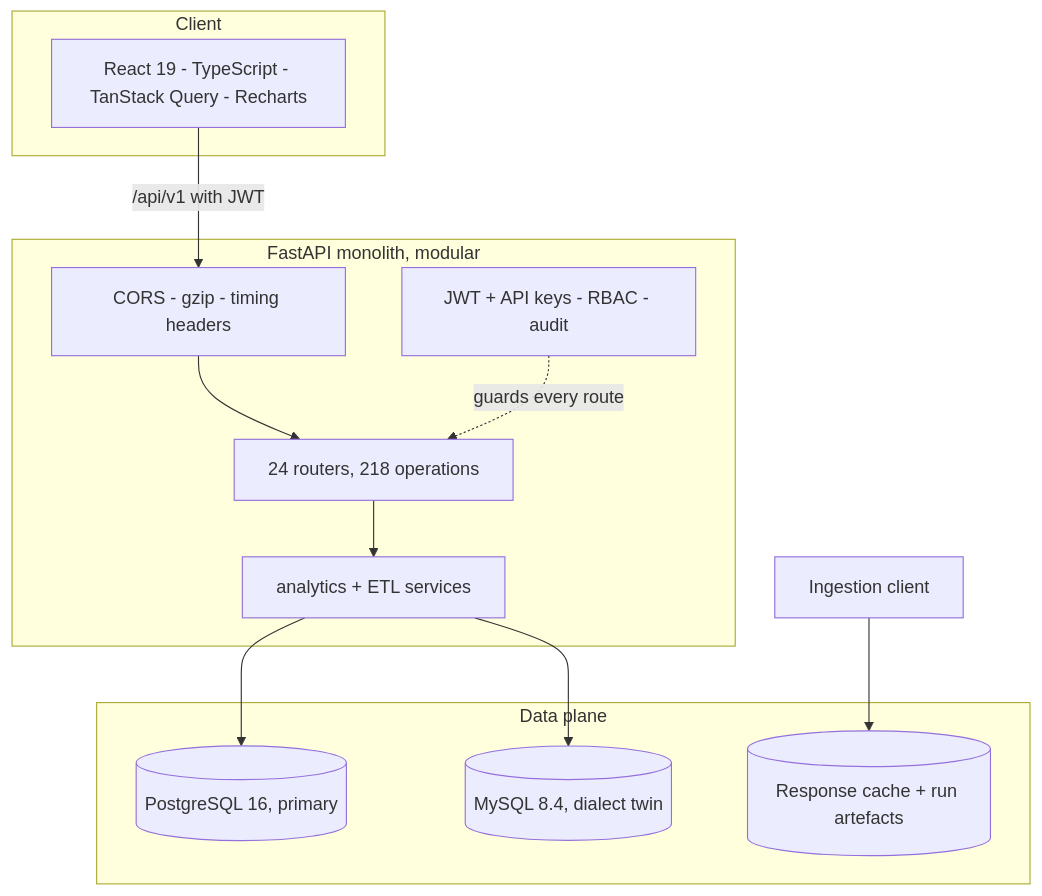
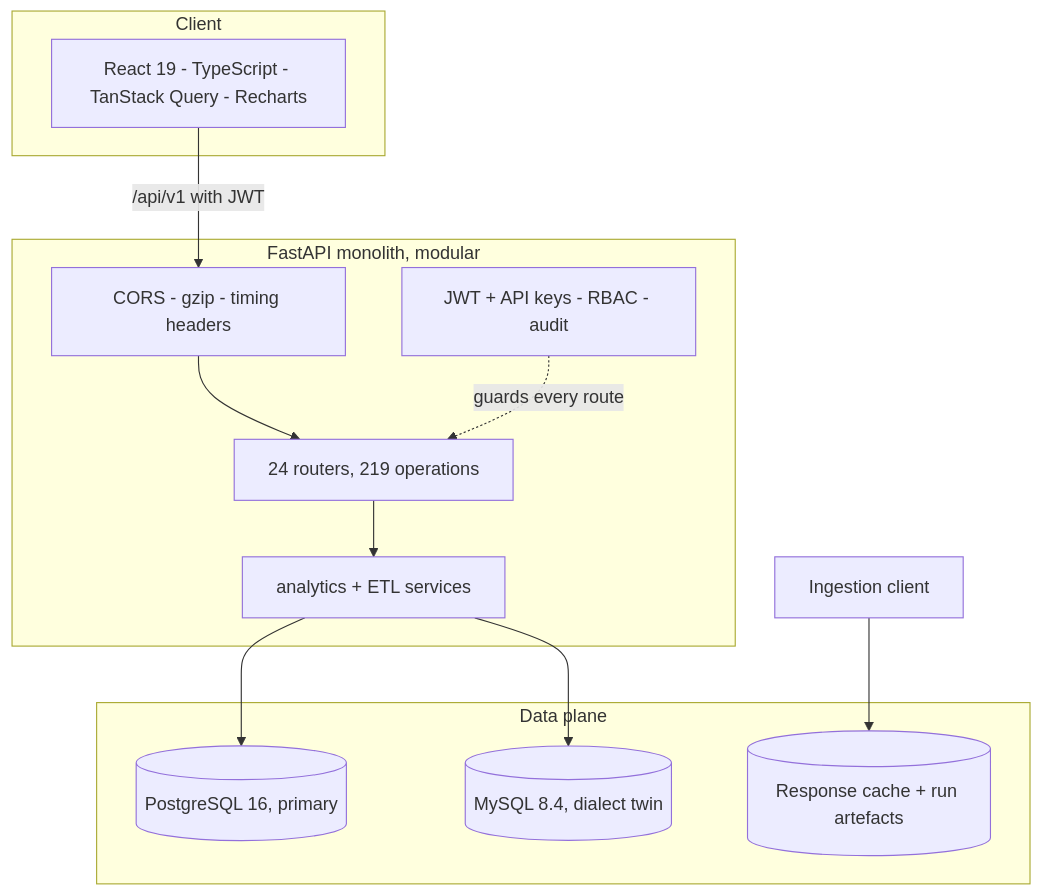
The third of 15 diagrams in README.md (Ahmedbakr78/Web-to-Warehouse-Product-Intelligence-Pipeline), drawn with Mermaid before and after one commit. The commit also changed other lines of this file and 2 other files, not shown here.

````diff
--- a/README.md
+++ b/README.md
@@ -356,22 +356,22 @@
 ```mermaid
 flowchart TB
     subgraph Browser["Client"]
         RE["React 19 - TypeScript - TanStack Query - Recharts"]
     end
     subgraph Server["FastAPI monolith, modular"]
         MW["CORS - gzip - timing headers"]
-        RT["24 routers, 218 operations"]
+        RT["24 routers, 219 operations"]
         SV["analytics + ETL services"]
         SEC["JWT + API keys - RBAC - audit"]
         MW --> RT --> SV
         SEC -.guards every route.-> RT
     end
     subgraph Data["Data plane"]
         PG[("PostgreSQL 16, primary")]
         MY[("MySQL 8.4, dialect twin")]
         FS[("Response cache + run artefacts")]
     end
     RE -->|"/api/v1 with JWT"| MW
     SV --> PG & MY
     HC2["Ingestion client"] --> FS
 ```
````
